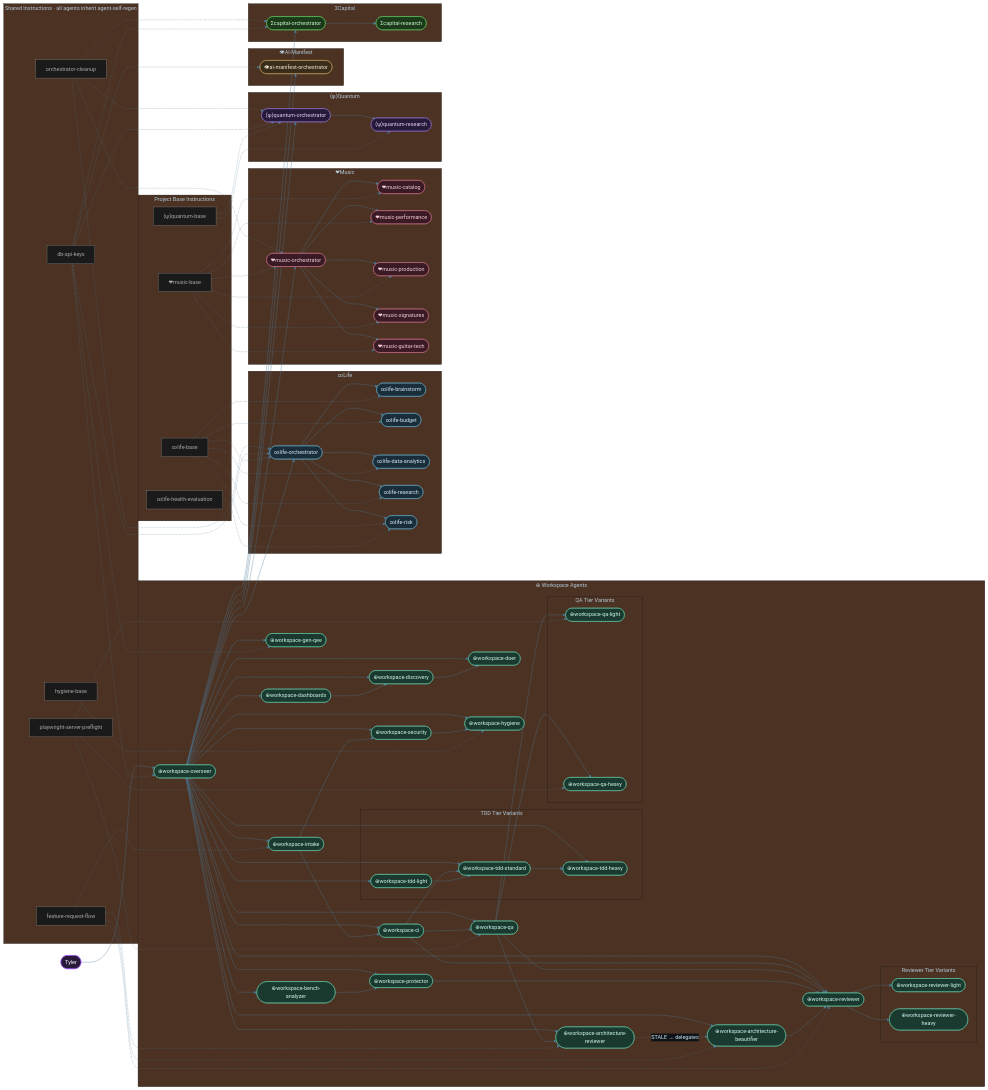
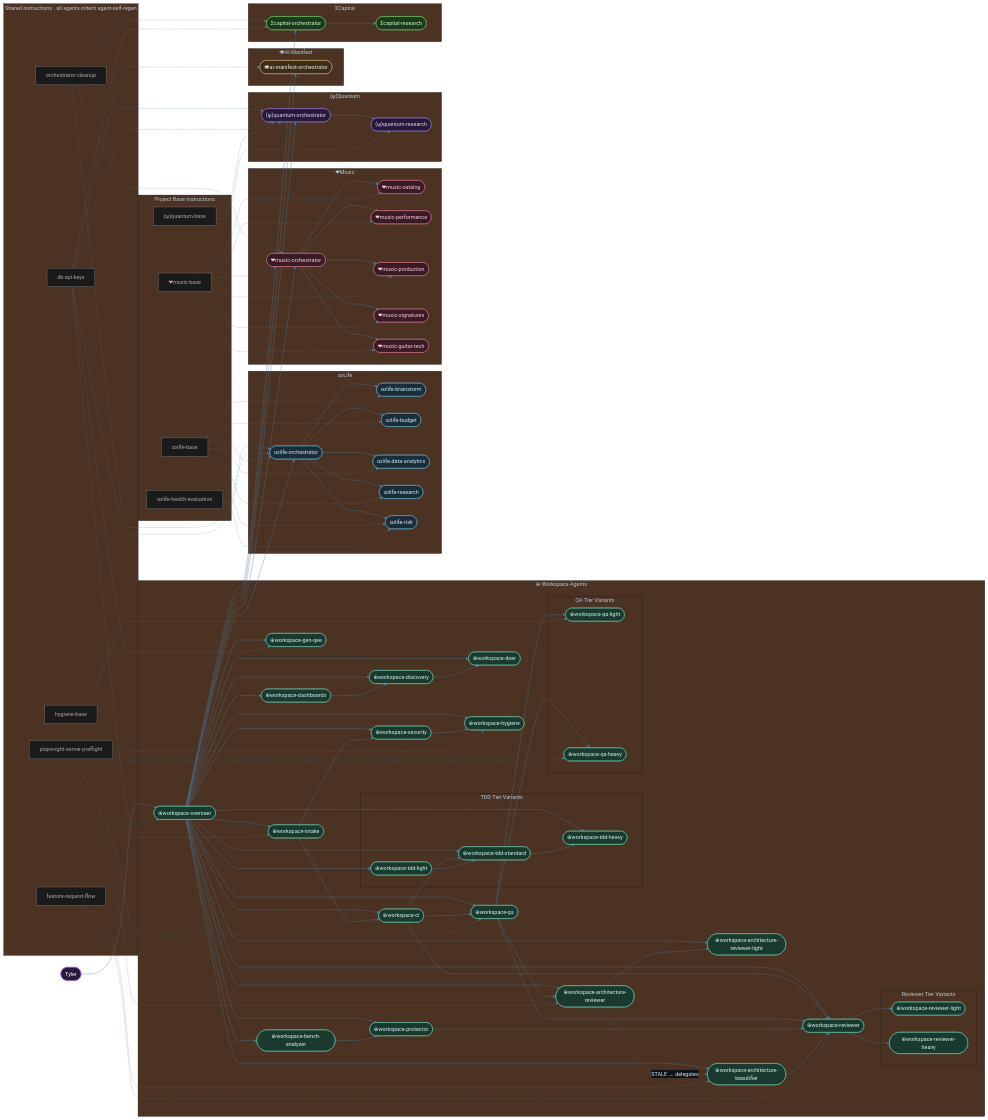
One commit to tylerdrakemusic/-Workspace changed the diagram in diagrams/workspace-agent-topology.mmd. Above: the diagram before and after it, drawn with Mermaid. The commit also changed 7 other files, not shown here.

Commit message:
⊕ workspace: implement recycled light routing for FR-20260907-recycled-fr-light-routing

```diff
--- a/diagrams/workspace-agent-topology.mmd
+++ b/diagrams/workspace-agent-topology.mmd
@@ -1,144 +1,147 @@
 %%{init: {'theme': 'base', 'themeVariables': {'primaryColor': '#1a2e3a', 'primaryTextColor': '#d0ecf8', 'edgeLabelBackground': '#0f1318', 'lineColor': '#4a7a9a'}}}%%
 %% Agent inventory contract: every .github/agents/*.agent.md stem is represented below.
-%% Agent stems: ⊕workspace-architecture-beautifier, ⊕workspace-architecture-reviewer, ⊕workspace-bench-analyzer, ⊕workspace-ci, ⊕workspace-dashboards, ⊕workspace-discovery, ⊕workspace-doer, ⊕workspace-gen-qee, ⊕workspace-hygiene, ⊕workspace-intake, ⊕workspace-overseer, ⊕workspace-protector, ⊕workspace-qa-heavy, ⊕workspace-qa-light, ⊕workspace-qa, ⊕workspace-reviewer-heavy, ⊕workspace-reviewer-light, ⊕workspace-reviewer, ⊕workspace-security, ⊕workspace-tdd-heavy, ⊕workspace-tdd-light, ⊕workspace-tdd-standard
+%% Agent stems: ⊕workspace-architecture-beautifier, ⊕workspace-architecture-reviewer, ⊕workspace-architecture-reviewer-light, ⊕workspace-bench-analyzer, ⊕workspace-ci, ⊕workspace-dashboards, ⊕workspace-discovery, ⊕workspace-doer, ⊕workspace-gen-qee, ⊕workspace-hygiene, ⊕workspace-intake, ⊕workspace-overseer, ⊕workspace-protector, ⊕workspace-qa-heavy, ⊕workspace-qa-light, ⊕workspace-qa, ⊕workspace-reviewer-heavy, ⊕workspace-reviewer-light, ⊕workspace-reviewer, ⊕workspace-security, ⊕workspace-tdd-heavy, ⊕workspace-tdd-light, ⊕workspace-tdd-standard
 graph LR
     Tyler([Tyler]) --> Overseer
 
     subgraph WS["⊕ Workspace Agents"]
         Overseer(["⊕workspace-overseer"])
         Intake(["⊕workspace-intake"])
         CI(["⊕workspace-ci"])
         Reviewer(["⊕workspace-reviewer"])
         Doer(["⊕workspace-doer"])
         Security(["⊕workspace-security"])
         Hygiene(["⊕workspace-hygiene"])
         ArchRev(["⊕workspace-architecture-reviewer"])
+        ArchRevLight(["⊕workspace-architecture-reviewer-light"])
         ArchBeaut(["⊕workspace-architecture-beautifier"])
         GenQEE(["⊕workspace-gen-qee"])
         Discovery(["⊕workspace-discovery"])
         Dashboards(["⊕workspace-dashboards"])
         BenchAnalyzer(["⊕workspace-bench-analyzer"])
         Protector(["⊕workspace-protector"])
         QA(["⊕workspace-qa"])
         subgraph TDD_TIER["TDD Tier Variants"]
             TDDLight(["⊕workspace-tdd-light"])
             TDDStd(["⊕workspace-tdd-standard"])
             TDDHeavy(["⊕workspace-tdd-heavy"])
         end
         subgraph QA_TIER["QA Tier Variants"]
             QALight(["⊕workspace-qa-light"])
             QAHeavy(["⊕workspace-qa-heavy"])
         end
         subgraph REV_TIER["Reviewer Tier Variants"]
             ReviewerLight(["⊕workspace-reviewer-light"])
             ReviewerHeavy(["⊕workspace-reviewer-heavy"])
         end
     end
 
     subgraph LIFE["∞Life"]
         LifeOrch(["∞life-orchestrator"])
         LifeBrainstorm(["∞life-brainstorm"])
         LifeBudget(["∞life-budget"])
         LifeDA(["∞life-data-analytics"])
         LifeResearch(["∞life-research"])
         LifeRisk(["∞life-risk"])
     end
 
     subgraph MUSIC["❤Music"]
         MusicOrch(["❤music-orchestrator"])
         MusicCatalog(["❤music-catalog"])
         MusicPerf(["❤music-performance"])
         MusicProd(["❤music-production"])
         MusicSig(["❤music-signatures"])
         MusicGuitarTech(["❤music-guitar-tech"])
     end
 
     subgraph QUANTUM["⟨ψ⟩Quantum"]
         QuantumOrch(["⟨ψ⟩quantum-orchestrator"])
         QuantumResearch(["⟨ψ⟩quantum-research"])
     end
 
     subgraph MANIFEST["👁AI-Manifest"]
         ManifestOrch(["👁ai-manifest-orchestrator"])
     end
 
     subgraph CAPITAL["ΣCapital"]
         CapitalOrch(["Σcapital-orchestrator"])
         CapitalResearch(["Σcapital-research"])
     end
 
     subgraph INSTR["Shared Instructions · all agents inherit agent-self-regen"]
         FRFlow["feature-request-flow"]
         HygBase["hygiene-base"]
         OrcClean["orchestrator-cleanup"]
         DbKeys["db-api-keys"]
         PlayPreflight["playwright-server-preflight"]
     end
 
     subgraph PINSTR["Project Base Instructions"]
         LifeBase["∞life-base"]
         HealthEval["∞life-health-evaluation"]
         MusicBase["❤music-base"]
         QuantumBase["⟨ψ⟩quantum-base"]
     end
 
     %% ── Overseer routing ──
     Overseer --> Intake & CI & Reviewer & Doer & Security
     Overseer --> Hygiene & ArchRev & ArchBeaut & GenQEE & Discovery
+    Overseer --> ArchRevLight
     Overseer --> Dashboards & BenchAnalyzer & Protector & QA
     Overseer --> LifeOrch & MusicOrch & QuantumOrch & ManifestOrch & CapitalOrch
     Overseer --> TDDLight & TDDStd & TDDHeavy
     Intake --> CI & Security
     CI --> TDDStd & QA & Reviewer
     Security --> Hygiene
     QA --> Reviewer & ArchRev
     Dashboards --> Discovery
     Discovery --> Doer
     BenchAnalyzer --> Protector
     Protector --> Reviewer
     TDDLight --> TDDStd
     TDDStd --> TDDHeavy
     ArchRev -.->|STALE → delegates| ArchBeaut
+    ArchRev --> ArchRevLight
     ArchBeaut --> Reviewer
     QA --> QALight & QAHeavy
     Reviewer --> ReviewerLight & ReviewerHeavy
 
     %% ── Project routing ──
     LifeOrch --> LifeBrainstorm & LifeBudget & LifeDA & LifeResearch & LifeRisk
     MusicOrch --> MusicCatalog & MusicPerf & MusicProd & MusicSig & MusicGuitarTech
     QuantumOrch --> QuantumResearch
     CapitalOrch --> CapitalResearch
 
     %% ── Instruction inheritance (dashed) ──
     FRFlow -.-> Intake & Reviewer & ArchRev & ArchBeaut
     HygBase -.-> Hygiene
     OrcClean -.-> LifeOrch & MusicOrch & QuantumOrch & CapitalOrch
     DbKeys -.-> Overseer & GenQEE & LifeOrch & QuantumOrch & ManifestOrch & CapitalOrch
     PlayPreflight -.-> QA & QALight & QAHeavy
 
     LifeBase -.-> LifeOrch & LifeBrainstorm & LifeBudget & LifeDA & LifeResearch & LifeRisk
     HealthEval -.-> LifeRisk
     MusicBase -.-> MusicOrch & MusicCatalog & MusicPerf & MusicProd & MusicSig & MusicGuitarTech
     QuantumBase -.-> QuantumOrch & QuantumResearch
 
     %% ── Class assignments ──
-    class Overseer,Intake,CI,Reviewer,Doer,Security,Hygiene,ArchRev,ArchBeaut ws
+    class Overseer,Intake,CI,Reviewer,Doer,Security,Hygiene,ArchRev,ArchRevLight,ArchBeaut ws
     class GenQEE,Discovery,Dashboards,BenchAnalyzer,Protector,QA ws
     class TDDLight,TDDStd,TDDHeavy,QALight,QAHeavy,ReviewerLight,ReviewerHeavy ws
     class LifeOrch,LifeBrainstorm,LifeBudget,LifeDA,LifeResearch,LifeRisk life
     class MusicOrch,MusicCatalog,MusicPerf,MusicProd,MusicSig,MusicGuitarTech music
     class QuantumOrch,QuantumResearch quantum
     class ManifestOrch manifest
     class CapitalOrch capital
     class CapitalResearch capital
     class FRFlow,HygBase,OrcClean,DbKeys,PlayPreflight,LifeBase,HealthEval,MusicBase,QuantumBase instr
     class Tyler tyler
 
 classDef life     fill:#1a2e3a,stroke:#6ab4d4,color:#d0ecf8
 classDef music    fill:#3a1a24,stroke:#d47a8f,color:#f8d0dc
 classDef quantum  fill:#251a3a,stroke:#a07adf,color:#e8d0f8
 classDef manifest fill:#3a2e1a,stroke:#d4a96a,color:#f8ead0
 classDef capital  fill:#1a3a1a,stroke:#6ad46a,color:#d0f8d0
 classDef ws       fill:#1a3a30,stroke:#6ad4b4,color:#d0f8ee
 classDef tyler    fill:#2a1a3a,stroke:#9e4aff,color:#fff
 classDef instr    fill:#1a1a1a,stroke:#888,color:#aaa
```
